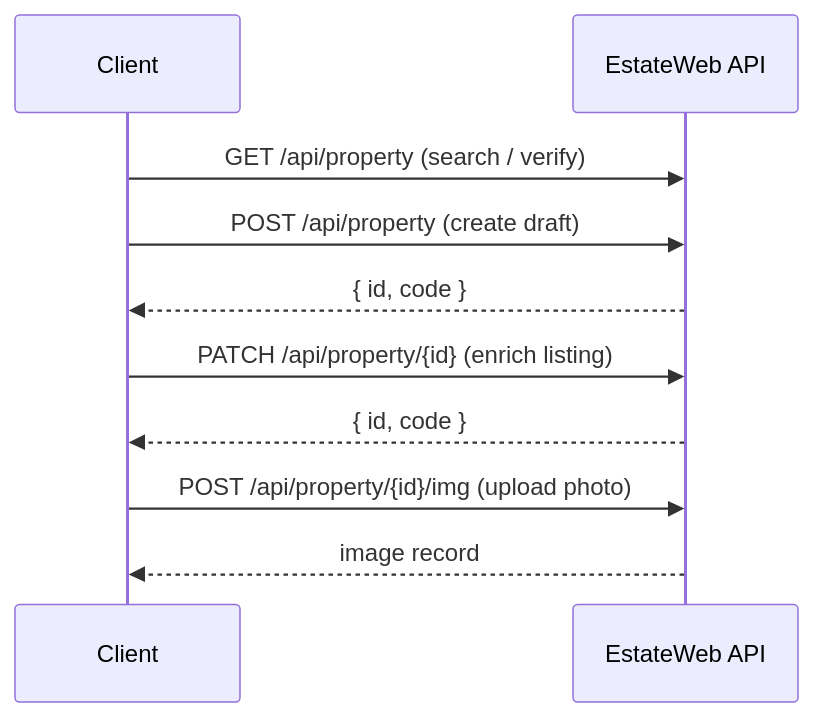
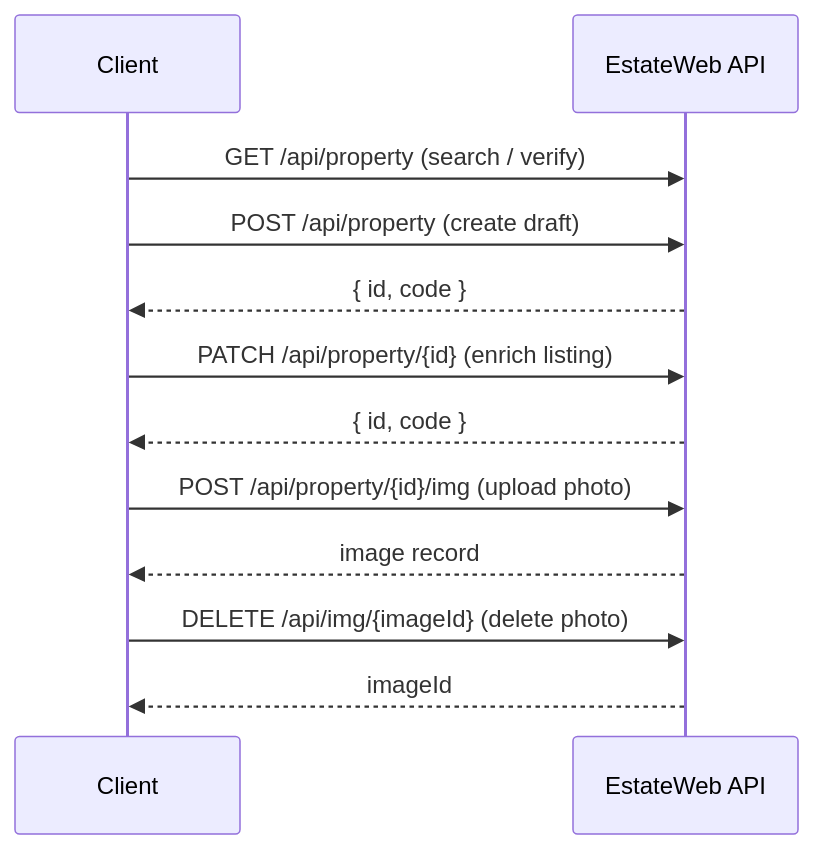
The diagram in scripts/api-generator/logs.md (logiqdevai/property-sync), drawn with Mermaid before and after one commit. The commit also changed other lines of this file and 6 other files, not shown here.

````diff
--- a/scripts/api-generator/logs.md
+++ b/scripts/api-generator/logs.md
@@ -115,25 +58,15 @@
 ```mermaid
-
 sequenceDiagram
-
     participant Client
-
     participant API as EstateWeb API
 
-
-
     Client->>API: GET /api/property (search / verify)
-
     Client->>API: POST /api/property (create draft)
-
     API-->>Client: { id, code }
-
     Client->>API: PATCH /api/property/{id} (enrich listing)
-
     API-->>Client: { id, code }
-
     Client->>API: POST /api/property/{id}/img (upload photo)
-
     API-->>Client: image record
-
+    Client->>API: DELETE /api/img/{imageId} (delete photo)
+    API-->>Client: imageId
 ```
````
